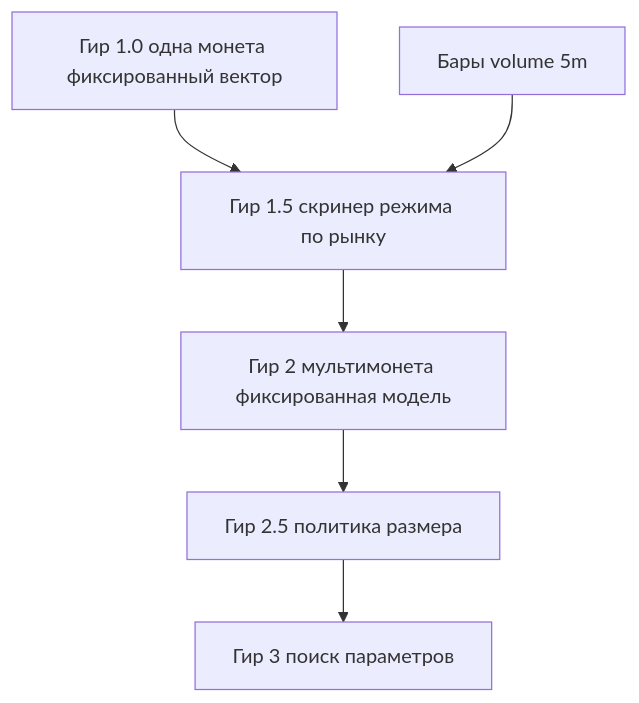
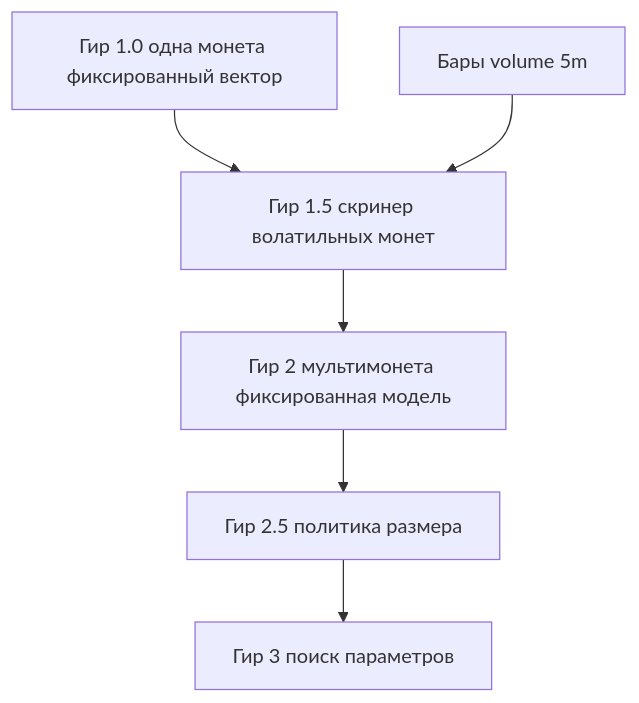
One commit to anabol21/arb_bots changed the diagram in docs/strategy-gears.md. Above: the diagram before and after it, drawn with Mermaid. The commit also changed other lines of this file and 5 other files, not shown here.

````diff
--- a/docs/strategy-gears.md
+++ b/docs/strategy-gears.md
@@ -53,10 +53,10 @@
 ```mermaid
 flowchart TB
   g1["Гир 1.0 одна монета фиксированный вектор"]
-  g15["Гир 1.5 скринер режима по рынку"]
+  g15["Гир 1.5 скринер волатильных монет"]
   g2["Гир 2 мультимонета фиксированная модель"]
   g25["Гир 2.5 политика размера"]
   g3["Гир 3 поиск параметров"]
   g1 --> g15 --> g2 --> g25 --> g3
   bars["Бары volume 5m"] --> g15
 ```
````
